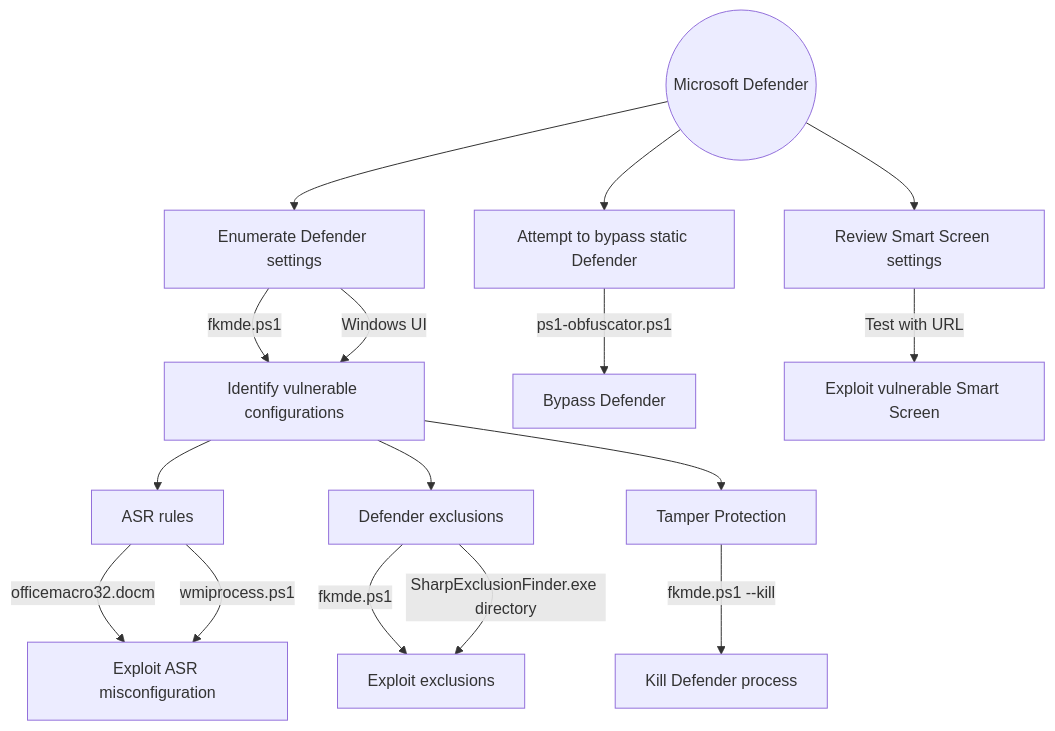
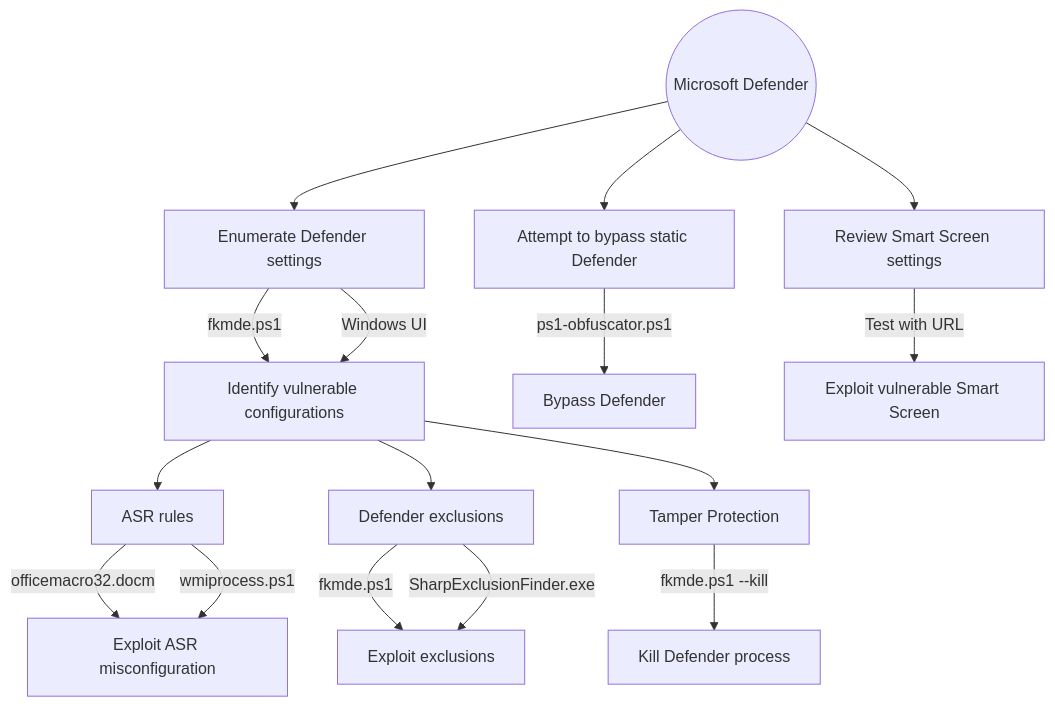
Before and after one commit to fkxdr/fkxdr-mindmaps: the diagram in README.md, drawn with Mermaid.

````diff
--- a/README.md
+++ b/README.md
@@ -7,27 +7,27 @@
 ```mermaid
 flowchart TD
     start((Microsoft Defender))
     
     start --> MDEENUM[Enumerate Defender settings]
     MDEENUM --> |fkmde.ps1| MDEVULN[Identify vulnerable configurations]
     MDEENUM --> |Windows UI| MDEVULN
     
     MDEVULN --> MDEVULNASR[ASR rules]
     MDEVULNASR --> |officemacro32.docm| MDEASREXP[Exploit ASR misconfiguration]
     MDEVULNASR --> |wmiprocess.ps1| MDEASREXP
     
     MDEVULN --> MDEEXCLUSION[Defender exclusions]
     MDEEXCLUSION --> |fkmde.ps1| EXPLOITEXCL[Exploit exclusions]
-    MDEEXCLUSION --> |SharpExclusionFinder.exe directory| EXPLOITEXCL[Exploit exclusions]
+    MDEEXCLUSION --> |SharpExclusionFinder.exe| EXPLOITEXCL[Exploit exclusions]
     
     MDEVULN --> MDEMISCONF[Tamper Protection]
     MDEMISCONF --> |fkmde.ps1 --kill| MDEKILL[Kill Defender process]
     
     start --> MDEBYPASS[Attempt to bypass static Defender]
     MDEBYPASS --> |ps1-obfuscator.ps1| MDEBYPASS2[Bypass Defender]
     
     start --> MDESSCR[Review Smart Screen settings]
     MDESSCR --> |Test with URL| MDESSCRVULN[Exploit vulnerable Smart Screen]
 
 
 ```
````
